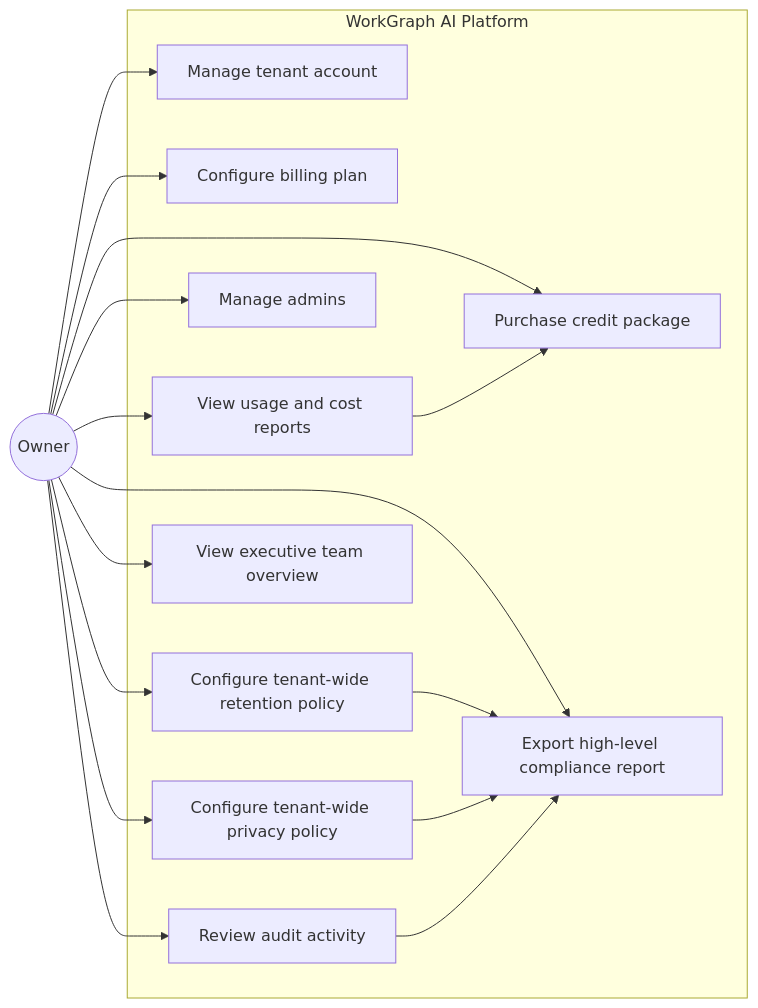
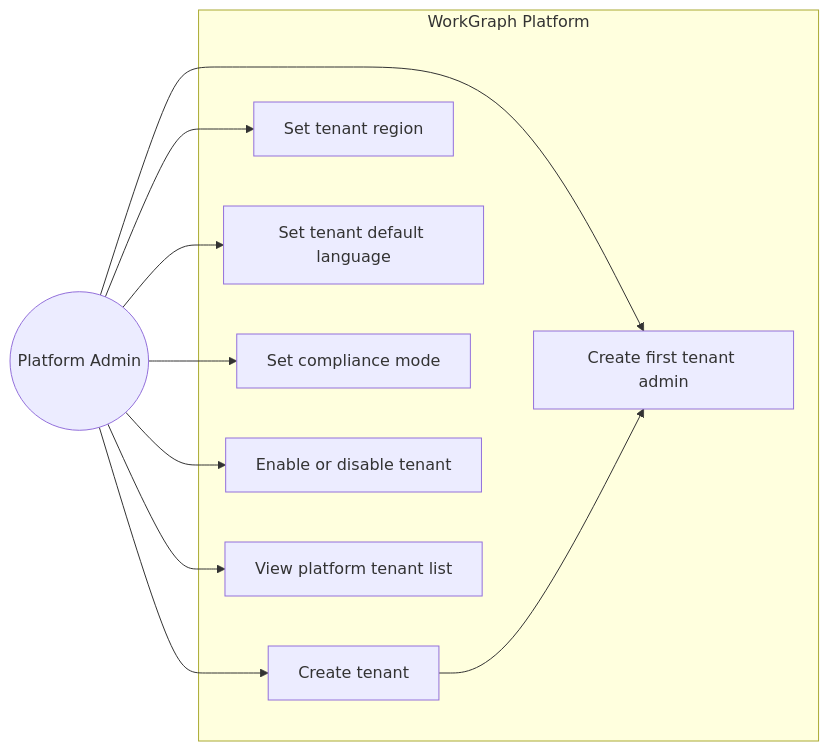
The first of 7 diagrams in docs/architecture/use-case-diagrams.md (raminamoly/WorkGraph-AI), drawn with Mermaid before and after one commit. The commit also changed other lines of this file, not shown here.

Commit message:
Simplify use case diagrams to MVP user hierarchy

````diff
--- a/docs/architecture/use-case-diagrams.md
+++ b/docs/architecture/use-case-diagrams.md
@@ -44,33 +45,24 @@
 ```mermaid
 flowchart LR
-    Owner((Owner))
+    PlatformAdmin((Platform Admin))
 
-    subgraph WorkGraphAI[WorkGraph AI Platform]
-        UC1[Manage tenant account]
-        UC2[Configure billing plan]
-        UC3[Purchase credit package]
-        UC4[View usage and cost reports]
-        UC5[Manage admins]
-        UC6[Configure tenant-wide retention policy]
-        UC7[Configure tenant-wide privacy policy]
-        UC8[View executive team overview]
-        UC9[Export high-level compliance report]
-        UC10[Review audit activity]
+    subgraph Platform[WorkGraph Platform]
+        UC1[Create tenant]
+        UC2[Create first tenant admin]
+        UC3[Set tenant region]
+        UC4[Set tenant default language]
+        UC5[Set compliance mode]
+        UC6[Enable or disable tenant]
+        UC7[View platform tenant list]
     end
 
-    Owner --> UC1
-    Owner --> UC2
-    Owner --> UC3
-    Owner --> UC4
-    Owner --> UC5
-    Owner --> UC6
-    Owner --> UC7
-    Owner --> UC8
-    Owner --> UC9
-    Owner --> UC10
+    PlatformAdmin --> UC1
+    PlatformAdmin --> UC2
+    PlatformAdmin --> UC3
+    PlatformAdmin --> UC4
+    PlatformAdmin --> UC5
+    PlatformAdmin --> UC6
+    PlatformAdmin --> UC7
 
-    UC4 --> UC3
-    UC6 --> UC9
-    UC7 --> UC9
-    UC10 --> UC9
+    UC1 --> UC2
 ```
````
